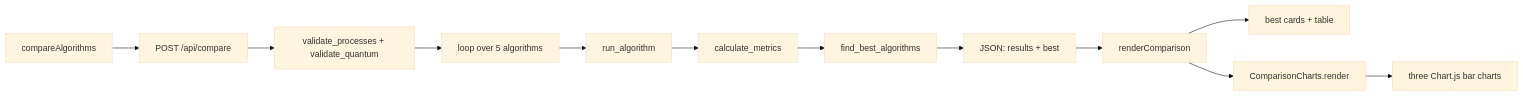
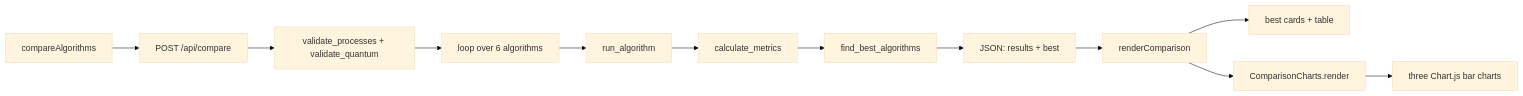
Before and after one commit to RAJANDESHWAL/cpu-scheduling-simulator: the second of 11 diagrams in docs/CODE_WALKTHROUGH.md, drawn with Mermaid (base theme). The commit also changed other lines of this file and 11 other files, not shown here.

````diff
--- a/docs/CODE_WALKTHROUGH.md
+++ b/docs/CODE_WALKTHROUGH.md
@@ -250,14 +251,14 @@
 ```mermaid
 flowchart LR
     A[compareAlgorithms] --> B[POST /api/compare]
     B --> C[validate_processes + validate_quantum]
-    C --> D[loop over 5 algorithms]
+    C --> D[loop over 6 algorithms]
     D --> E[run_algorithm]
     E --> F[calculate_metrics]
     F --> G[find_best_algorithms]
     G --> H[JSON: results + best]
     H --> I[renderComparison]
     I --> J[best cards + table]
     I --> K[ComparisonCharts.render]
     K --> L[three Chart.js bar charts]
 ```
````
